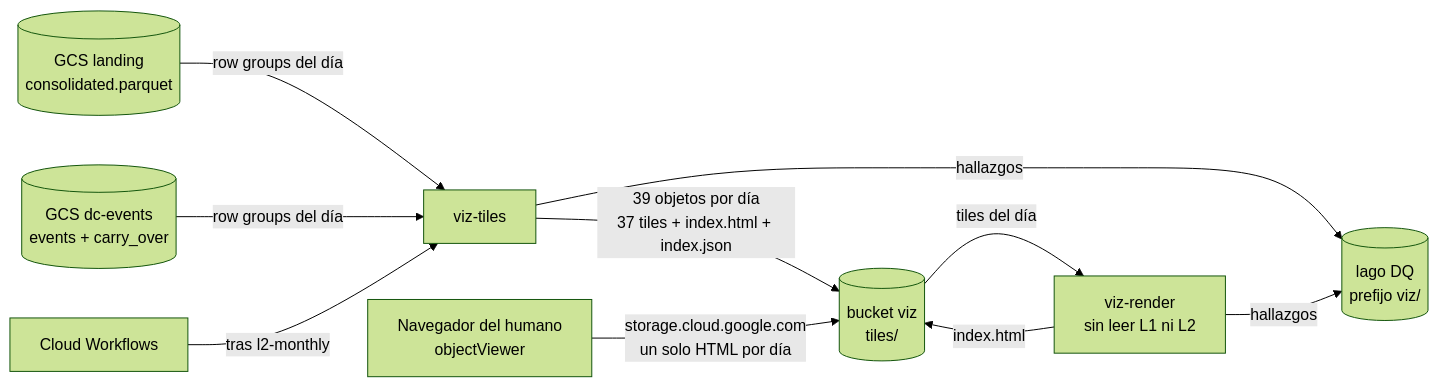
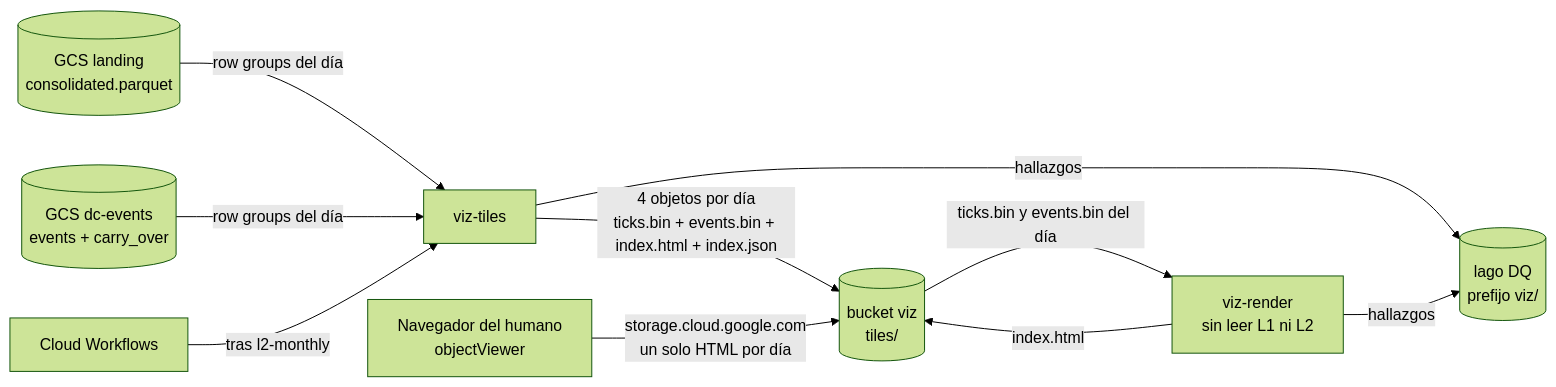
Before and after one commit to byroncz/intrinsica: the diagram in docs/TRD/viz.md, drawn with Mermaid (forest theme). The commit also changed other lines of this file and 35 other files, not shown here.

````diff
--- a/docs/TRD/viz.md
+++ b/docs/TRD/viz.md
@@ -657,12 +638,12 @@
 ```mermaid
 flowchart LR
     L1[(GCS landing<br/>consolidated.parquet)] -->|row groups del día| TL[viz-tiles]
     L2[(GCS dc-events<br/>events + carry_over)] -->|row groups del día| TL
-    TL -->|39 objetos por día<br/>37 tiles + index.html + index.json| T[(bucket viz<br/>tiles/)]
+    TL -->|4 objetos por día<br/>ticks.bin + events.bin + index.html + index.json| T[(bucket viz<br/>tiles/)]
     TL -->|hallazgos| DQ[(lago DQ<br/>prefijo viz/)]
     WF[Cloud Workflows] -->|tras l2-monthly| TL
-    T -->|tiles del día| RN[viz-render<br/>sin leer L1 ni L2]
+    T -->|ticks.bin y events.bin del día| RN[viz-render<br/>sin leer L1 ni L2]
     RN -->|index.html| T
     RN -->|hallazgos| DQ
     U[Navegador del humano<br/>objectViewer] -->|storage.cloud.google.com<br/>un solo HTML por día| T
 ```
````
